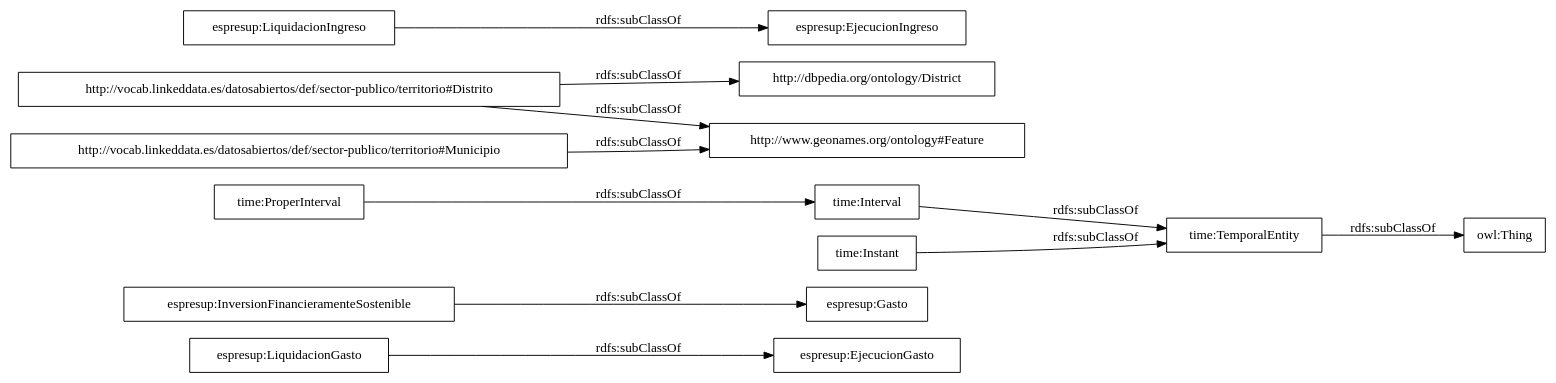
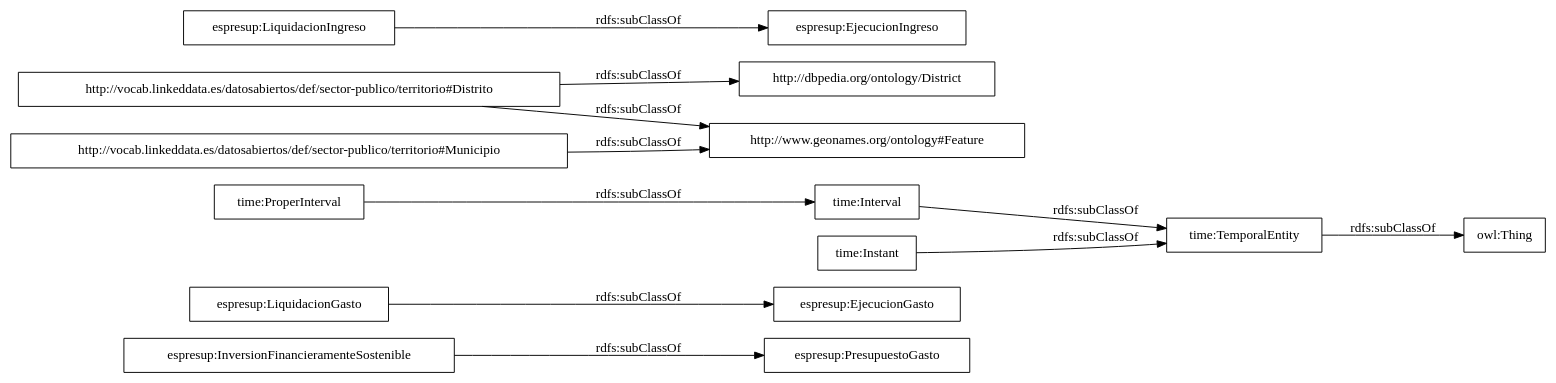
The diagram in OnToology/ontology/presupuesto.owl/diagrams/ar2dtool-taxonomy/presupuesto.owl.png.dot (CiudadesAbiertas/vocab-hacienda-presupuesto), drawn with Graphviz before and after one commit. The commit also changed 15 other files, not shown here.

```diff
--- a/OnToology/ontology/presupuesto.owl/diagrams/ar2dtool-taxonomy/presupuesto.owl.png.dot
+++ b/OnToology/ontology/presupuesto.owl/diagrams/ar2dtool-taxonomy/presupuesto.owl.png.dot
@@ -1,16 +1,16 @@
 digraph ar2dtool_diagram { 
 rankdir=LR;
 size="1000"
-node [shape = rectangle, color="black"]; "espresup:EjecucionGasto" "espresup:InversionFinancieramenteSostenible" "time:ProperInterval" "espresup:Gasto" "http://dbpedia.org/ontology/District" "espresup:LiquidacionGasto" "time:Interval" "time:TemporalEntity" "espresup:LiquidacionIngreso" "http://vocab.linkeddata.es/datosabiertos/def/sector-publico/territorio#Distrito" "http://www.geonames.org/ontology#Feature" "http://vocab.linkeddata.es/datosabiertos/def/sector-publico/territorio#Municipio" "time:Instant" "espresup:EjecucionIngreso" ; /*classes style*/
+node [shape = rectangle, color="black"]; "espresup:PresupuestoGasto" "espresup:EjecucionGasto" "espresup:InversionFinancieramenteSostenible" "time:ProperInterval" "http://dbpedia.org/ontology/District" "espresup:LiquidacionGasto" "time:Interval" "time:TemporalEntity" "espresup:LiquidacionIngreso" "http://vocab.linkeddata.es/datosabiertos/def/sector-publico/territorio#Distrito" "http://www.geonames.org/ontology#Feature" "http://vocab.linkeddata.es/datosabiertos/def/sector-publico/territorio#Municipio" "espresup:EjecucionIngreso" "time:Instant" ; /*classes style*/
 	"time:ProperInterval" -> "time:Interval" [ label = "rdfs:subClassOf" ];
 	"http://vocab.linkeddata.es/datosabiertos/def/sector-publico/territorio#Distrito" -> "http://www.geonames.org/ontology#Feature" [ label = "rdfs:subClassOf" ];
 	"http://vocab.linkeddata.es/datosabiertos/def/sector-publico/territorio#Distrito" -> "http://dbpedia.org/ontology/District" [ label = "rdfs:subClassOf" ];
 	"espresup:LiquidacionGasto" -> "espresup:EjecucionGasto" [ label = "rdfs:subClassOf" ];
 	"time:TemporalEntity" -> "owl:Thing" [ label = "rdfs:subClassOf" ];
 	"espresup:LiquidacionIngreso" -> "espresup:EjecucionIngreso" [ label = "rdfs:subClassOf" ];
 	"time:Instant" -> "time:TemporalEntity" [ label = "rdfs:subClassOf" ];
+	"http://vocab.linkeddata.es/datosabiertos/def/sector-publico/territorio#Municipio" -> "http://www.geonames.org/ontology#Feature" [ label = "rdfs:subClassOf" ];
+	"espresup:InversionFinancieramenteSostenible" -> "espresup:PresupuestoGasto" [ label = "rdfs:subClassOf" ];
 	"time:Interval" -> "time:TemporalEntity" [ label = "rdfs:subClassOf" ];
-	"espresup:InversionFinancieramenteSostenible" -> "espresup:Gasto" [ label = "rdfs:subClassOf" ];
-	"http://vocab.linkeddata.es/datosabiertos/def/sector-publico/territorio#Municipio" -> "http://www.geonames.org/ontology#Feature" [ label = "rdfs:subClassOf" ];
 
 }
```
